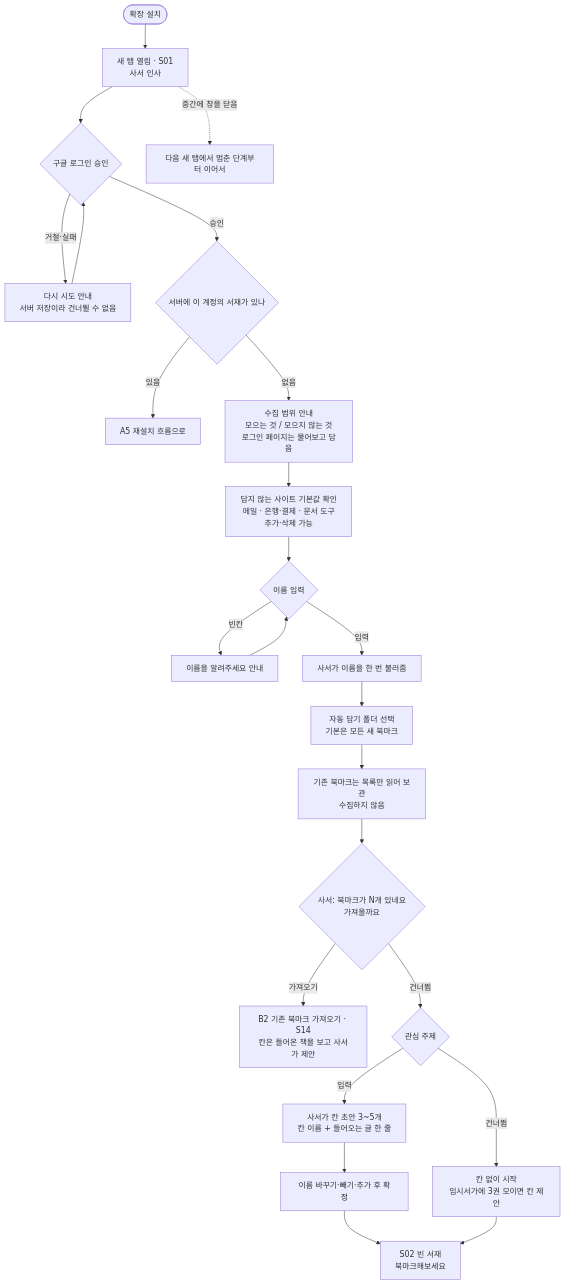
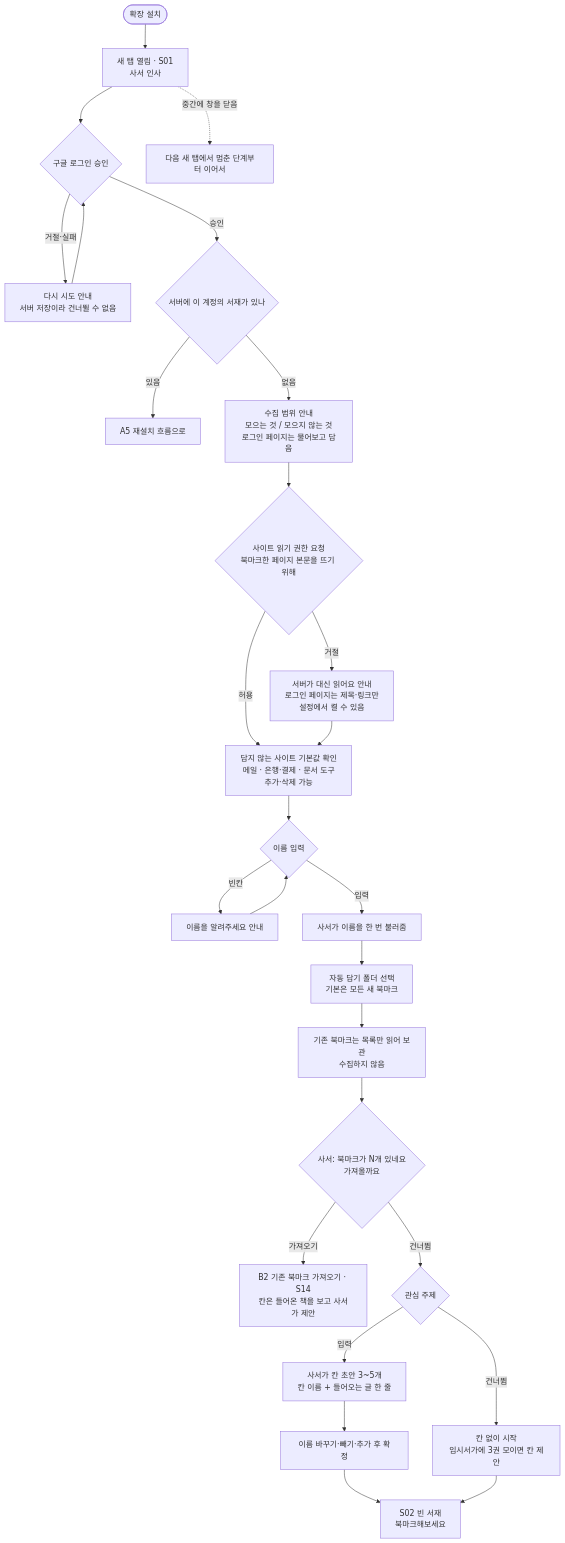
One commit to daheww-wq/0929 changed the diagram in flows/src/A1.mmd. Above: the diagram before and after it, drawn with Mermaid. The commit also changed 33040 other files, not shown here.

First line of the commit message:
03 흐름도: 읽기 권한(A1·A5·B1-1·B1-2·B4)과 arXiv 새 판(B5) 반영, SVG·flows.html 재생성

```diff
--- a/flows/src/A1.mmd
+++ b/flows/src/A1.mmd
@@ -1,21 +1,24 @@
 flowchart TD
   A([확장 설치]) --> B["새 탭 열림 · S01<br/>사서 인사"]
   B --> C{"구글 로그인 승인"}
   C -- 거절·실패 --> C1["다시 시도 안내<br/>서버 저장이라 건너뛸 수 없음"] --> C
   C -- 승인 --> D{"서버에 이 계정의 서재가 있나"}
   D -- 있음 --> R["A5 재설치 흐름으로"]
   D -- 없음 --> E["수집 범위 안내<br/>모으는 것 / 모으지 않는 것<br/>로그인 페이지는 물어보고 담음"]
-  E --> E1["담지 않는 사이트 기본값 확인<br/>메일 · 은행·결제 · 문서 도구<br/>추가·삭제 가능"]
+  E --> P{"사이트 읽기 권한 요청<br/>북마크한 페이지 본문을 뜨기 위해"}
+  P -- 허용 --> E1
+  P -- 거절 --> P1["서버가 대신 읽어요 안내<br/>로그인 페이지는 제목·링크만<br/>설정에서 켤 수 있음"] --> E1
+  E1["담지 않는 사이트 기본값 확인<br/>메일 · 은행·결제 · 문서 도구<br/>추가·삭제 가능"]
   E1 --> F{"이름 입력"}
   F -- 빈칸 --> F1["이름을 알려주세요 안내"] --> F
   F -- 입력 --> G["사서가 이름을 한 번 불러줌"]
   G --> J["자동 담기 폴더 선택<br/>기본은 모든 새 북마크"]
   J --> K["기존 북마크는 목록만 읽어 보관<br/>수집하지 않음"]
   K --> L{"사서: 북마크가 N개 있네요<br/>가져올까요"}
   L -- 가져오기 --> M["B2 기존 북마크 가져오기 · S14<br/>칸은 들어온 책을 보고 사서가 제안"]
   L -- 건너뜀 --> H{"관심 주제"}
   H -- 입력 --> I["사서가 칸 초안 3~5개<br/>칸 이름 + 들어오는 글 한 줄"]
   I --> I1["이름 바꾸기·빼기·추가 후 확정"] --> N
   H -- 건너뜀 --> H1["칸 없이 시작<br/>임시서가에 3권 모이면 칸 제안"] --> N
   N["S02 빈 서재<br/>북마크해보세요"]
   B -. 중간에 창을 닫음 .-> Z["다음 새 탭에서 멈춘 단계부터 이어서"]
```
